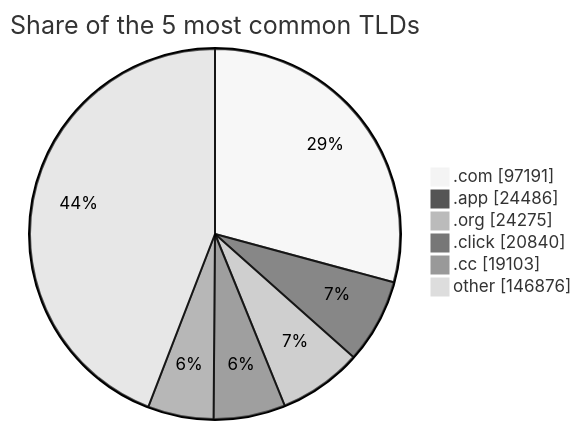
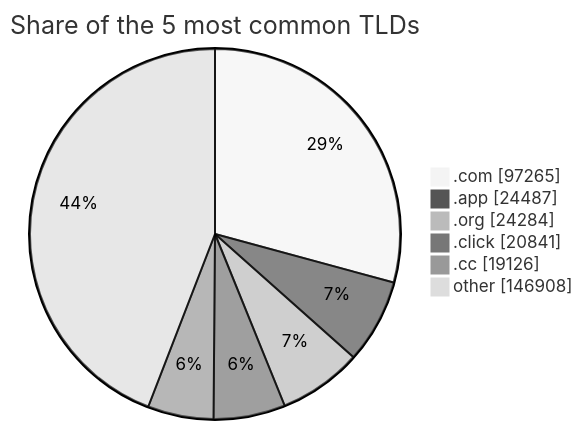
One commit to DNSBunker/CTI changed the third of 3 diagrams in README.md. Above: the diagram before and after it, drawn with Mermaid (neutral theme). The commit also changed other lines of this file and 4 other files, not shown here.

````diff
--- a/README.md
+++ b/README.md
@@ -81,9 +81,9 @@
 ```mermaid
 pie showData title Share of the 5 most common TLDs
-    ".com" : 97191
-    ".app" : 24486
-    ".org" : 24275
-    ".click" : 20840
-    ".cc" : 19103
-    "other" : 146876
+    ".com" : 97265
+    ".app" : 24487
+    ".org" : 24284
+    ".click" : 20841
+    ".cc" : 19126
+    "other" : 146908
 ```
````
